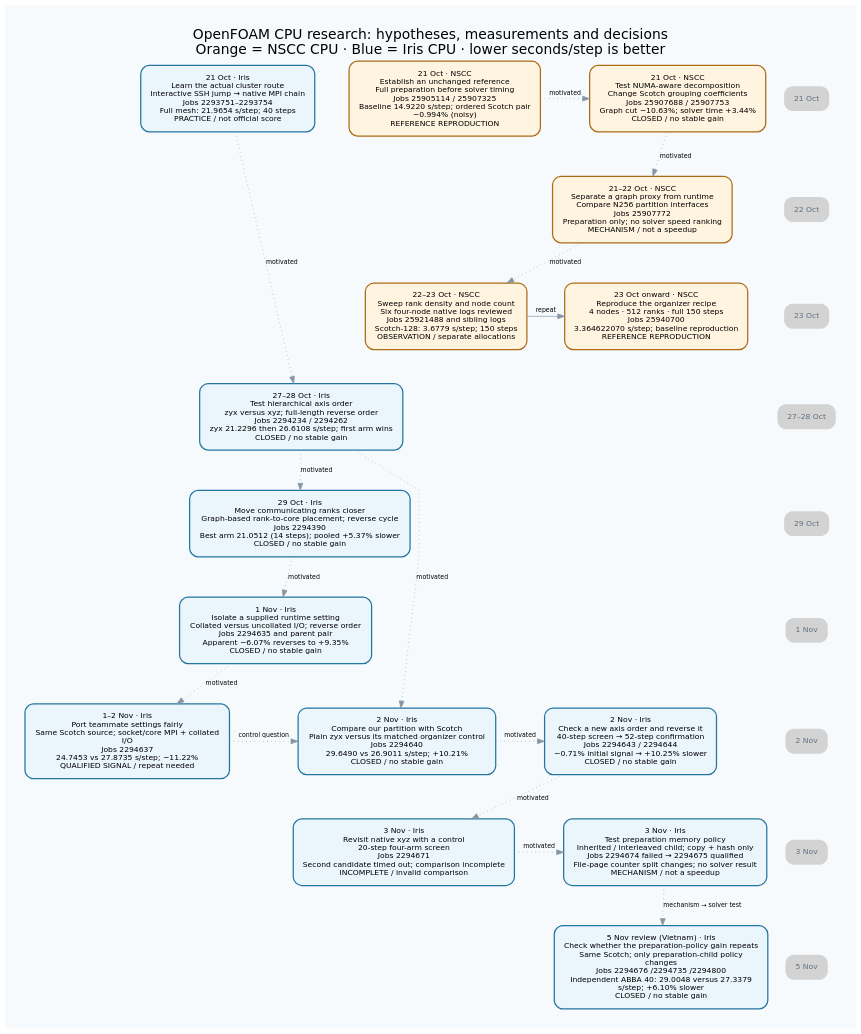
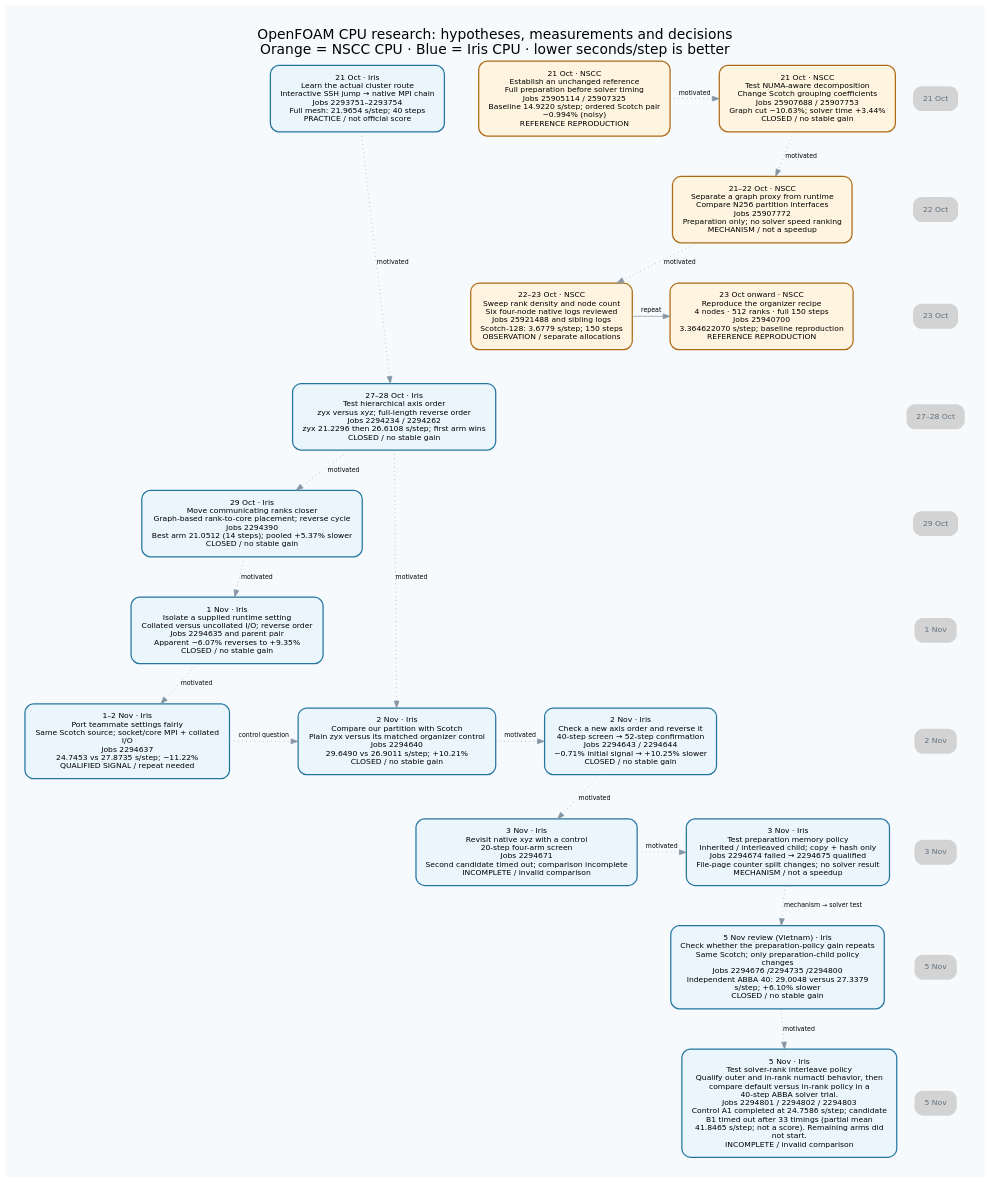
The diagram in workspace/reports/hpc-run-lineage-20261104/journey.dot (trungdangtapcode/apac-hpc-ai-2026), drawn with Graphviz before and after one commit. The commit also changed 36 other files, not shown here.

Commit message:
docs(hpc): publish incomplete solver result with explicit missing score

```diff
--- a/workspace/reports/hpc-run-lineage-20261104/journey.dot
+++ b/workspace/reports/hpc-run-lineage-20261104/journey.dot
@@ -1,66 +1,71 @@
 digraph hpc {
 graph [rankdir=TB,bgcolor="#f7fafc",pad="0.4",nodesep="0.35",ranksep="0.65",splines=polyline,fontname="DejaVu Sans",fontsize=20,label="OpenFOAM CPU research: hypotheses, measurements and decisions\nOrange = NSCC CPU · Blue = Iris CPU · lower seconds/step is better",labelloc=t];
 node [shape=box,style="rounded,filled",fontname="DejaVu Sans",fontsize=11,margin="0.20,0.16"];
 edge [color="#8595a4",fontname="DejaVu Sans",fontsize=9];
 "access" [label="21 Oct · Iris\nLearn the actual cluster route\nInteractive SSH jump → native MPI chain\nJobs 2293751–2293754\nFull mesh: 21.9654 s/step; 40 steps\nPRACTICE / not official score",color="#2476a1",fillcolor="#eaf5fc",penwidth=1.8,URL="../../../workspace/reports/hpc-research-journey-20261023/JOURNEY.md",tooltip="Full mesh: 21.9654 s/step; 40 steps | PRACTICE / not official score"];
 "baseline" [label="21 Oct · NSCC\nEstablish an unchanged reference\nFull preparation before solver timing\nJobs 25905114 / 25907325\nBaseline 14.9220 s/step; ordered Scotch pair\n−0.994% (noisy)\nREFERENCE REPRODUCTION",color="#ad6b17",fillcolor="#fff4df",penwidth=1.8,URL="../../../workspace/reports/hpc-research-journey-20261023/JOURNEY.md",tooltip="Baseline 14.9220 s/step; ordered Scotch pair −0.994% (noisy) | REFERENCE REPRODUCTION"];
 "numa" [label="21 Oct · NSCC\nTest NUMA-aware decomposition\nChange Scotch grouping coefficients\nJobs 25907688 / 25907753\nGraph cut −10.63%; solver time +3.44%\nCLOSED / no stable gain",color="#ad6b17",fillcolor="#fff4df",penwidth=1.8,URL="../../../workspace/reports/hpc-research-journey-20261023/JOURNEY.md",tooltip="Graph cut −10.63%; solver time +3.44% | CLOSED / no stable gain"];
 "graph" [label="21–22 Oct · NSCC\nSeparate a graph proxy from runtime\nCompare N256 partition interfaces\nJobs 25907772\nPreparation only; no solver speed ranking\nMECHANISM / not a speedup",color="#ad6b17",fillcolor="#fff4df",penwidth=1.8,URL="../../../workspace/reports/hpc-research-journey-20261023/JOURNEY.md",tooltip="Preparation only; no solver speed ranking | MECHANISM / not a speedup"];
 "density" [label="22–23 Oct · NSCC\nSweep rank density and node count\nSix four-node native logs reviewed\nJobs 25921488 and sibling logs\nScotch-128: 3.6779 s/step; 150 steps\nOBSERVATION / separate allocations",color="#ad6b17",fillcolor="#fff4df",penwidth=1.8,URL="../../../workspace/reports/hpc-research-journey-20261023/JOURNEY.md",tooltip="Scotch-128: 3.6779 s/step; 150 steps | OBSERVATION / separate allocations"];
 "confirm" [label="23 Oct onward · NSCC\nReproduce the organizer recipe\n4 nodes · 512 ranks · full 150 steps\nJobs 25940700\n3.364622070 s/step; baseline reproduction\nREFERENCE REPRODUCTION",color="#ad6b17",fillcolor="#fff4df",penwidth=1.8,URL="../../../workspace/notes/HPC_CURRENT.md",tooltip="3.364622070 s/step; baseline reproduction | REFERENCE REPRODUCTION"];
 "order" [label="27–28 Oct · Iris\nTest hierarchical axis order\nzyx versus xyz; full-length reverse order\nJobs 2294234 / 2294262\nzyx 21.2296 then 26.6108 s/step; first arm wins\nCLOSED / no stable gain",color="#2476a1",fillcolor="#eaf5fc",penwidth=1.8,URL="../../../workspace/reports/hpc-own-research-status-20261102/README.md",tooltip="zyx 21.2296 then 26.6108 s/step; first arm wins | CLOSED / no stable gain"];
 "place" [label="29 Oct · Iris\nMove communicating ranks closer\nGraph-based rank-to-core placement; reverse cycle\nJobs 2294390\nBest arm 21.0512 (14 steps); pooled +5.37% slower\nCLOSED / no stable gain",color="#2476a1",fillcolor="#eaf5fc",penwidth=1.8,URL="../../../2026-APAC-HPC-AI/hpc-experiments/iris-graphmap-reverse-20261029/completed-2294390/RESULTS.md",tooltip="Best arm 21.0512 (14 steps); pooled +5.37% slower | CLOSED / no stable gain"];
 "io" [label="1 Nov · Iris\nIsolate a supplied runtime setting\nCollated versus uncollated I/O; reverse order\nJobs 2294635 and parent pair\nApparent −6.07% reverses to +9.35%\nCLOSED / no stable gain",color="#2476a1",fillcolor="#eaf5fc",penwidth=1.8,URL="../../../workspace/reports/hpc-own-research-status-20261102/README.md",tooltip="Apparent −6.07% reverses to +9.35% | CLOSED / no stable gain"];
 "team" [label="1–2 Nov · Iris\nPort teammate settings fairly\nSame Scotch source; socket/core MPI + collated\nI/O\nJobs 2294637\n24.7453 vs 27.8735 s/step; −11.22%\nQUALIFIED SIGNAL / repeat needed",color="#2476a1",fillcolor="#eaf5fc",penwidth=1.8,URL="../../../workspace/reports/hpc-iris-comparison-20261103/README.md",tooltip="24.7453 vs 27.8735 s/step; −11.22% | QUALIFIED SIGNAL / repeat needed"];
 "zyx" [label="2 Nov · Iris\nCompare our partition with Scotch\nPlain zyx versus its matched organizer control\nJobs 2294640\n29.6490 vs 26.9011 s/step; +10.21%\nCLOSED / no stable gain",color="#2476a1",fillcolor="#eaf5fc",penwidth=1.8,URL="../../../workspace/reports/hpc-iris-comparison-20261103/README.md",tooltip="29.6490 vs 26.9011 s/step; +10.21% | CLOSED / no stable gain"];
 "xzy" [label="2 Nov · Iris\nCheck a new axis order and reverse it\n40-step screen → 52-step confirmation\nJobs 2294643 / 2294644\n−0.71% initial signal → +10.25% slower\nCLOSED / no stable gain",color="#2476a1",fillcolor="#eaf5fc",penwidth=1.8,URL="../../../workspace/reports/hpc-iris-comparison-20261103/README.md",tooltip="−0.71% initial signal → +10.25% slower | CLOSED / no stable gain"];
 "xyz" [label="3 Nov · Iris\nRevisit native xyz with a control\n20-step four-arm screen\nJobs 2294671\nSecond candidate timed out; comparison incomplete\nINCOMPLETE / invalid comparison",color="#2476a1",fillcolor="#eaf5fc",penwidth=1.8,URL="../../../workspace/reports/hpc-iris-comparison-20261103/README.md",tooltip="Second candidate timed out; comparison incomplete | INCOMPLETE / invalid comparison"];
 "prep" [label="3 Nov · Iris\nTest preparation memory policy\nInherited / interleaved child; copy + hash only\nJobs 2294674 failed → 2294675 qualified\nFile-page counter split changes; no solver result\nMECHANISM / not a speedup",color="#2476a1",fillcolor="#eaf5fc",penwidth=1.8,URL="../../../workspace/reports/hpc-iris-comparison-20261103/README.md",tooltip="File-page counter split changes; no solver result | MECHANISM / not a speedup"];
 "native" [label="5 Nov review (Vietnam) · Iris\nCheck whether the preparation-policy gain repeats\nSame Scotch; only preparation-child policy\nchanges\nJobs 2294676 /2294735 /2294800\nIndependent ABBA 40: 29.0048 versus 27.3379\ns/step; +6.10% slower\nCLOSED / no stable gain",color="#2476a1",fillcolor="#eaf5fc",penwidth=1.8,URL="../../../2026-APAC-HPC-AI/hpc-experiments/iris-preparation-repeat40-20261104/completed-2294800/RESULTS.md",tooltip="Independent ABBA 40: 29.0048 versus 27.3379 s/step; +6.10% slower | CLOSED / no stable gain"];
+"rank_policy" [label="5 Nov · Iris\nTest solver-rank interleave policy\nQualify outer and in-rank numactl behavior, then\ncompare default versus in-rank policy in a\n40-step ABBA solver trial.\nJobs 2294801 / 2294802 / 2294803\nControl A1 completed at 24.7586 s/step; candidate\nB1 timed out after 33 timings (partial mean\n41.8465 s/step; not a score). Remaining arms did\nnot start.\nINCOMPLETE / invalid comparison",color="#2476a1",fillcolor="#eaf5fc",penwidth=1.8,URL="../../../2026-APAC-HPC-AI/hpc-experiments/iris-solver-rank-interleave40-20261105/completed-2294803/REVIEW.json",tooltip="Control A1 completed at 24.7586 s/step; candidate B1 timed out after 33 timings (partial mean 41.8465 s/step; not a score). Remaining arms did not start. | INCOMPLETE / invalid comparison"];
 "access" -> "order" [constraint=false,style=dotted,label="motivated"];
 "baseline" -> "numa" [constraint=false,style=dotted,label="motivated"];
 "numa" -> "graph" [constraint=false,style=dotted,label="motivated"];
 "graph" -> "density" [constraint=false,style=dotted,label="motivated"];
 "density" -> "confirm" [constraint=false,style=solid,label="repeat"];
 "order" -> "place" [constraint=false,style=dotted,label="motivated"];
 "place" -> "io" [constraint=false,style=dotted,label="motivated"];
 "io" -> "team" [constraint=false,style=dotted,label="motivated"];
 "order" -> "zyx" [constraint=false,style=dotted,label="motivated"];
 "team" -> "zyx" [constraint=false,style=dotted,label="control question"];
 "zyx" -> "xzy" [constraint=false,style=dotted,label="motivated"];
 "xzy" -> "xyz" [constraint=false,style=dotted,label="motivated"];
 "xyz" -> "prep" [constraint=false,style=dotted,label="motivated"];
 "prep" -> "native" [constraint=false,style=dotted,label="mechanism → solver test"];
+"native" -> "rank_policy" [constraint=false,style=dotted,label="motivated"];
 date0 [shape=plaintext,label="21 Oct",fontcolor="#607080"];
 {rank=same;date0;"access";"baseline";"numa";}
 "access" -> "baseline" [style=invis,weight=10];
 "baseline" -> "numa" [style=invis,weight=10];
 date1 [shape=plaintext,label="22 Oct",fontcolor="#607080"];
 {rank=same;date1;"graph";}
 date0 -> date1 [style=invis,weight=100];
 date2 [shape=plaintext,label="23 Oct",fontcolor="#607080"];
 {rank=same;date2;"density";"confirm";}
 "density" -> "confirm" [style=invis,weight=10];
 date1 -> date2 [style=invis,weight=100];
 date3 [shape=plaintext,label="27–28 Oct",fontcolor="#607080"];
 {rank=same;date3;"order";}
 date2 -> date3 [style=invis,weight=100];
 date4 [shape=plaintext,label="29 Oct",fontcolor="#607080"];
 {rank=same;date4;"place";}
 date3 -> date4 [style=invis,weight=100];
 date5 [shape=plaintext,label="1 Nov",fontcolor="#607080"];
 {rank=same;date5;"io";}
 date4 -> date5 [style=invis,weight=100];
 date6 [shape=plaintext,label="2 Nov",fontcolor="#607080"];
 {rank=same;date6;"team";"zyx";"xzy";}
 "team" -> "zyx" [style=invis,weight=10];
 "zyx" -> "xzy" [style=invis,weight=10];
 date5 -> date6 [style=invis,weight=100];
 date7 [shape=plaintext,label="3 Nov",fontcolor="#607080"];
 {rank=same;date7;"xyz";"prep";}
 "xyz" -> "prep" [style=invis,weight=10];
 date6 -> date7 [style=invis,weight=100];
 date8 [shape=plaintext,label="5 Nov",fontcolor="#607080"];
 {rank=same;date8;"native";}
 date7 -> date8 [style=invis,weight=100];
+date9 [shape=plaintext,label="5 Nov",fontcolor="#607080"];
+{rank=same;date9;"rank_policy";}
+date8 -> date9 [style=invis,weight=100];
 }
```
